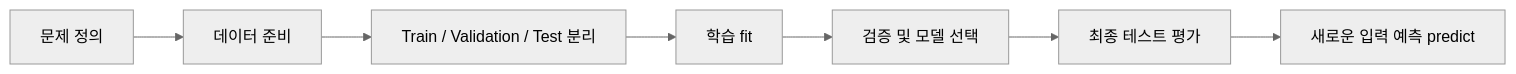
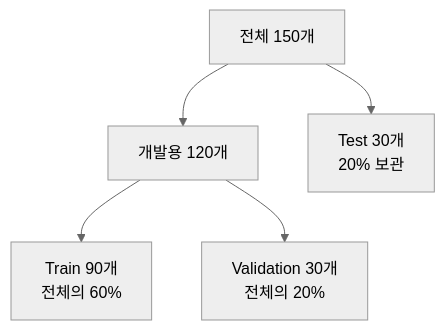
One commit to JSeong2024/MYPAUL-PYTHONEDU changed the fourth of 4 diagrams in Classroom/PYTHON-2026-09/Intermediate/Lecture/Week-07/README.md. Above: the diagram before and after it, drawn with Mermaid (neutral theme). The commit also changed other lines of this file and 12 other files, not shown here.

````diff
--- a/Classroom/PYTHON-2026-09/Intermediate/Lecture/Week-07/README.md
+++ b/Classroom/PYTHON-2026-09/Intermediate/Lecture/Week-07/README.md
@@ -768,9 +556,7 @@
 ```mermaid
-flowchart LR
-    A[문제 정의] --> B[데이터 준비]
-    B --> C[Train / Validation / Test 분리]
-    C --> D[학습 fit]
-    D --> E[검증 및 모델 선택]
-    E --> F[최종 테스트 평가]
-    F --> G[새로운 입력 예측 predict]
+flowchart TB
+    A[전체 150개] --> B[개발용 120개]
+    A --> C[Test 30개<br/>20% 보관]
+    B --> D[Train 90개<br/>전체의 60%]
+    B --> E[Validation 30개<br/>전체의 20%]
 ```
````
